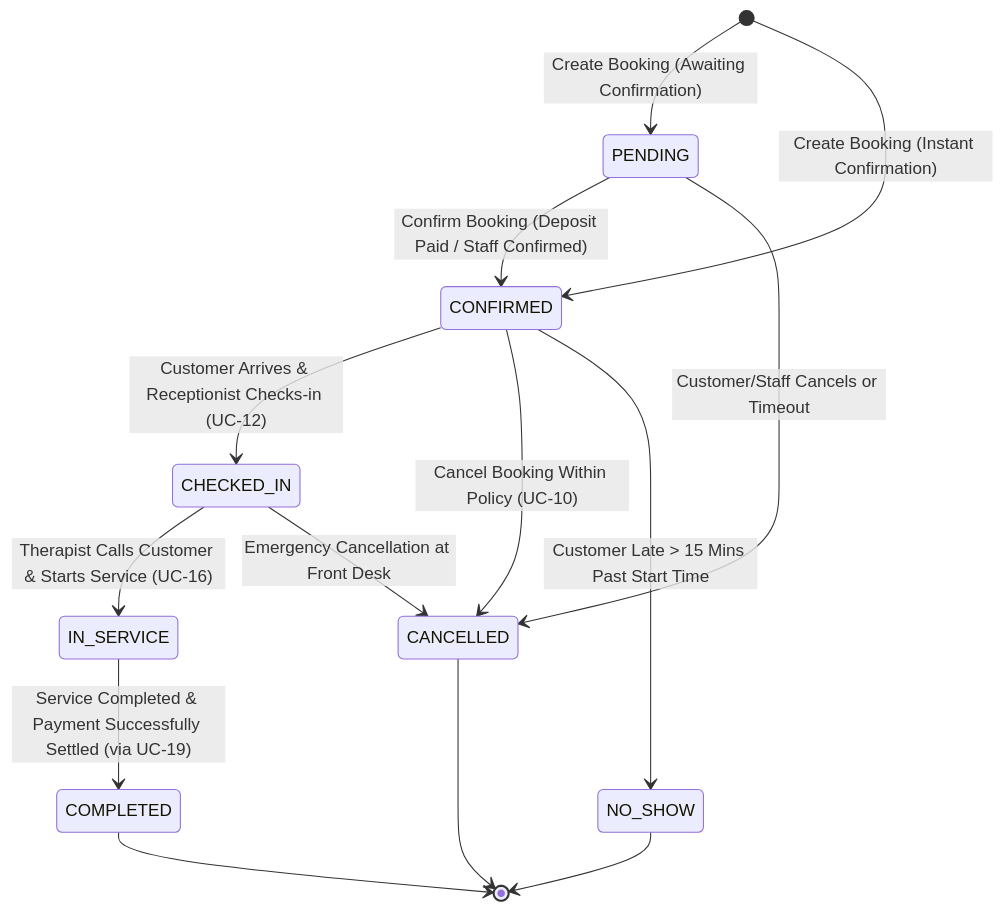
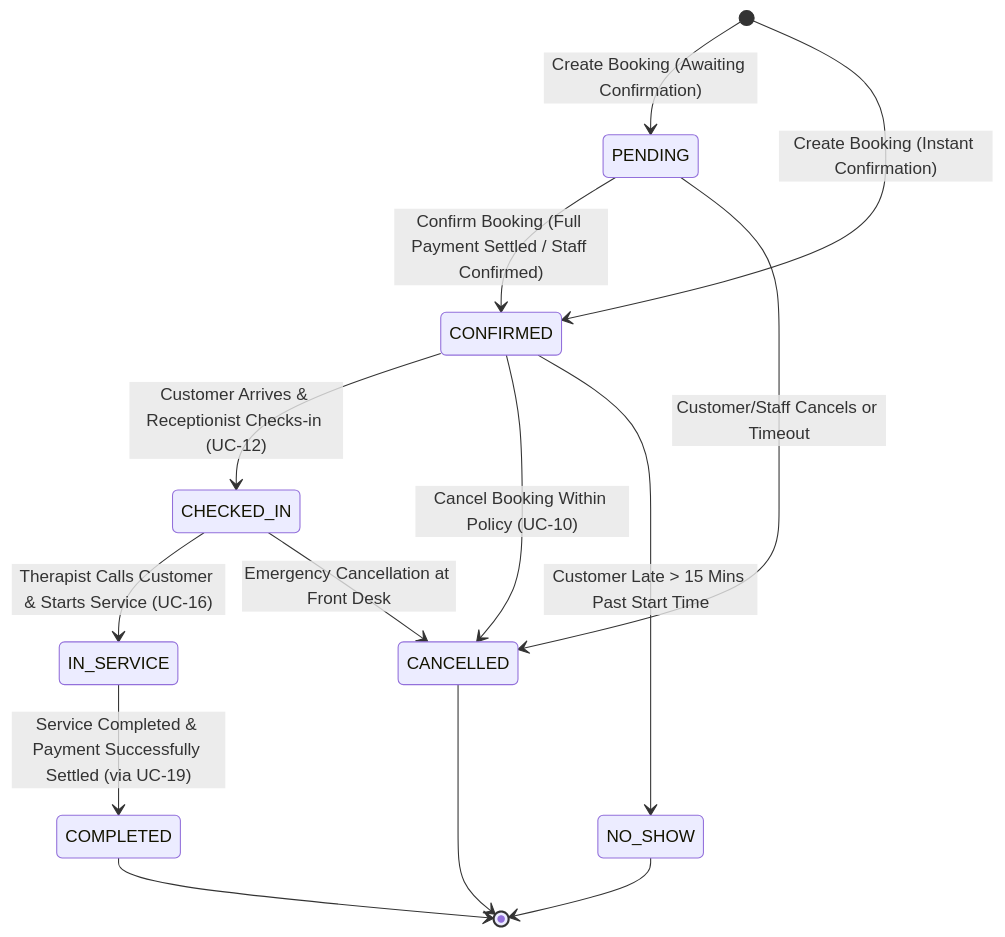
The third of 4 diagrams in doc/use-case.md (viphu-cs/FIWDEE-CP353002-69_1PrinciplesOfSoftwareDesign), drawn with Mermaid before and after one commit. The commit also changed other lines of this file and 12 other files, not shown here.

Commit message:
doc:edit diagram

````diff
--- a/doc/use-case.md
+++ b/doc/use-case.md
@@ -289,20 +293,20 @@
 ```mermaid
 stateDiagram-v2
     [*] --> PENDING: Create Booking (Awaiting Confirmation)
     [*] --> CONFIRMED: Create Booking (Instant Confirmation)
-    PENDING --> CONFIRMED: Confirm Booking (Deposit Paid / Staff Confirmed)
+    PENDING --> CONFIRMED: Confirm Booking (Full Payment Settled / Staff Confirmed)
     PENDING --> CANCELLED: Customer/Staff Cancels or Timeout
 
     CONFIRMED --> CHECKED_IN: Customer Arrives & Receptionist Checks-in (UC-12)
     CONFIRMED --> CANCELLED: Cancel Booking Within Policy (UC-10)
     CONFIRMED --> NO_SHOW: Customer Late > 15 Mins Past Start Time
 
     CHECKED_IN --> IN_SERVICE: Therapist Calls Customer & Starts Service (UC-16)
     CHECKED_IN --> CANCELLED: Emergency Cancellation at Front Desk
 
     IN_SERVICE --> COMPLETED: Service Completed & Payment Successfully Settled (via UC-19)
     
     COMPLETED --> [*]
     CANCELLED --> [*]
     NO_SHOW --> [*]
 ```
````
